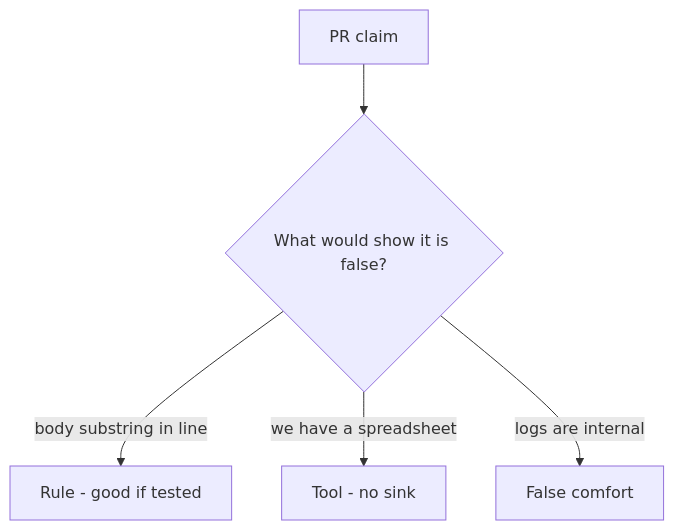
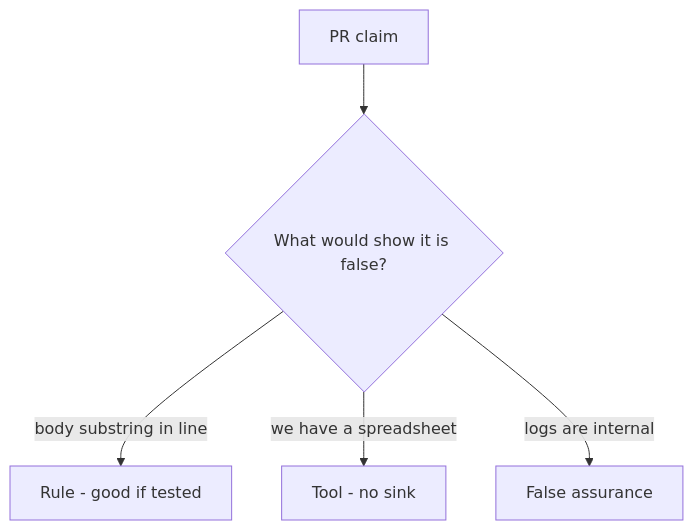
One commit to ishitvagoel/LearnSecurity changed the diagram in content/modules/3/3.1/lessons/08-review.md. Above: the diagram before and after it, drawn with Mermaid. The commit also changed other lines of this file and 240 other files, not shown here.

````diff
--- a/content/modules/3/3.1/lessons/08-review.md
+++ b/content/modules/3/3.1/lessons/08-review.md
@@ -18,7 +18,7 @@
 ```mermaid
 flowchart TD
   Claim[PR claim] --> Q{"What would show it is false?"}
   Q -->|body substring in line| Property["Rule - good if tested"]
   Q -->|we have a spreadsheet| Mechanism[Tool - no sink]
-  Q -->|logs are internal| False[False comfort]
+  Q -->|logs are internal| False[False assurance]
 ```
````
